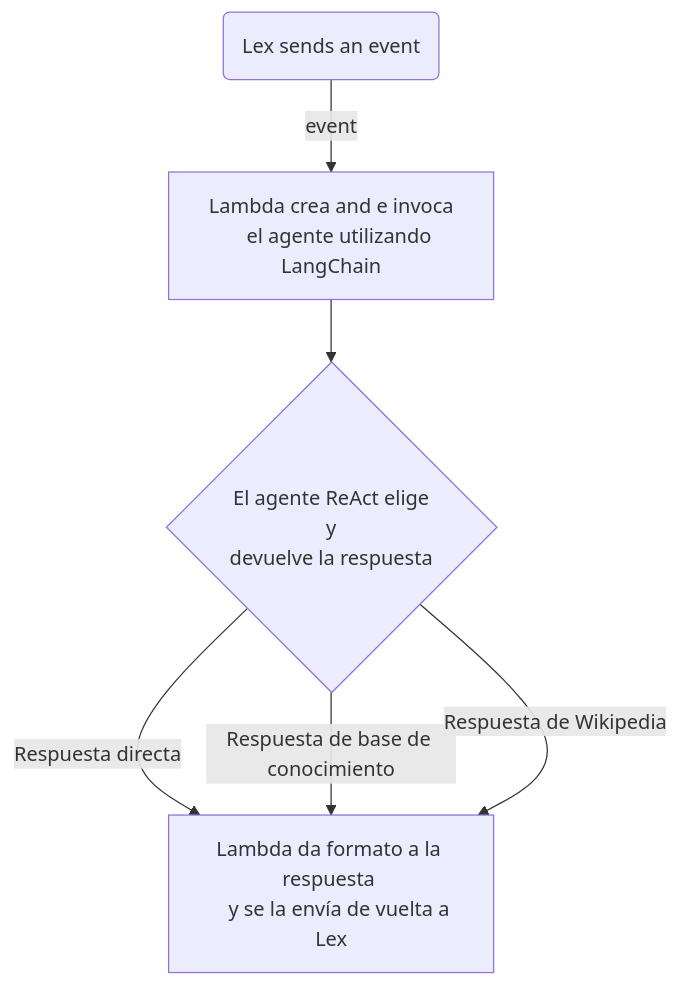
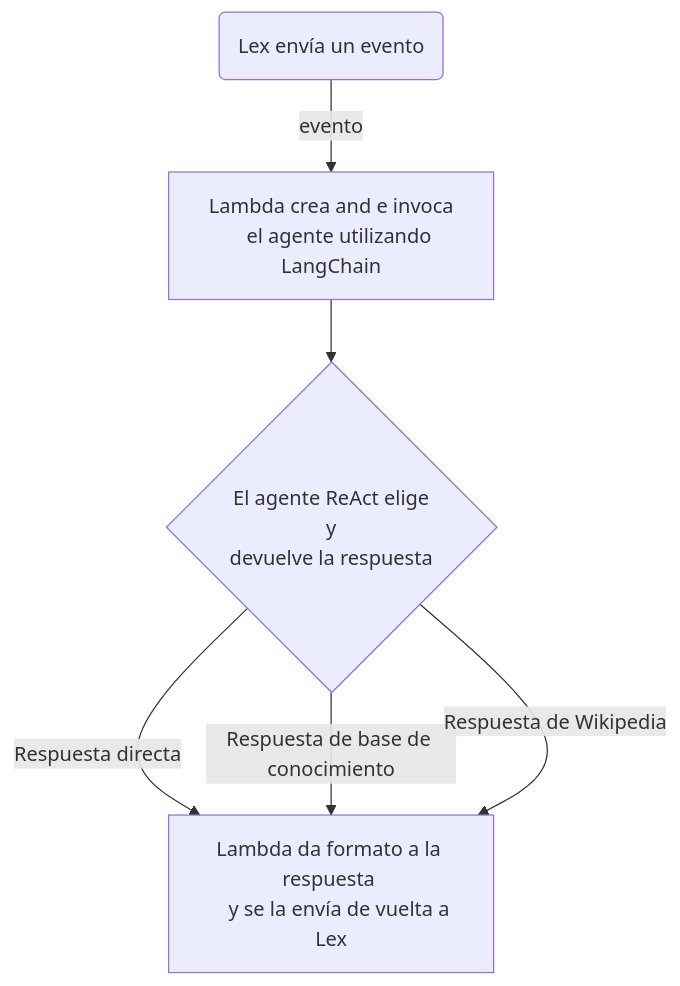
The diagram in ES_README.md (565059/ai-chatbot-aws), drawn with Mermaid before and after one commit.

````diff
--- a/ES_README.md
+++ b/ES_README.md
@@ -45,12 +45,12 @@
 ```mermaid
 flowchart TD
-    A(Lex sends an event) -->|event| B["Lambda crea and e invoca
+    A(Lex envía un evento) -->|evento| B["Lambda crea and e invoca
     el agente utilizando LangChain"]
     B --> C{"El agente ReAct elige
      y
      devuelve la respuesta"}
     C -->|Respuesta directa| D["Lambda da formato a la respuesta 
     y se la envía de vuelta a Lex"]
     C -->|Respuesta de base de conocimiento| D
     C -->|Respuesta de Wikipedia| D
 ```
````
